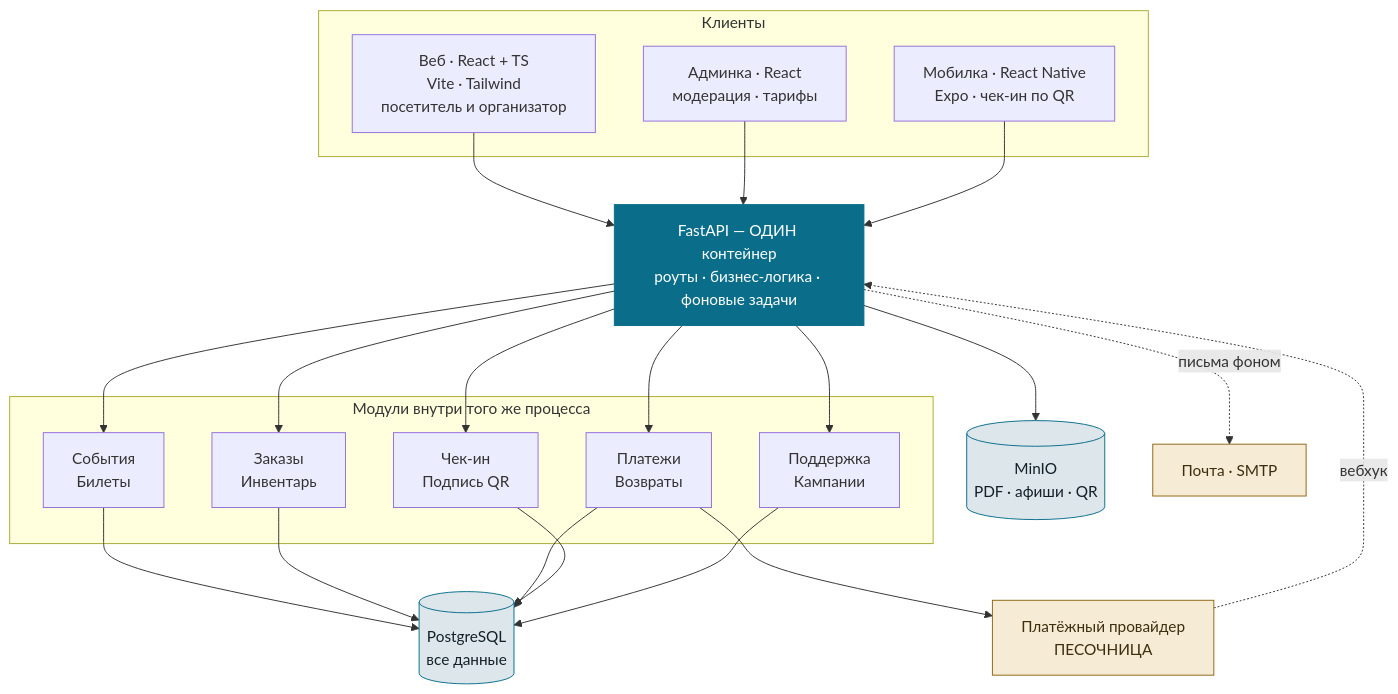
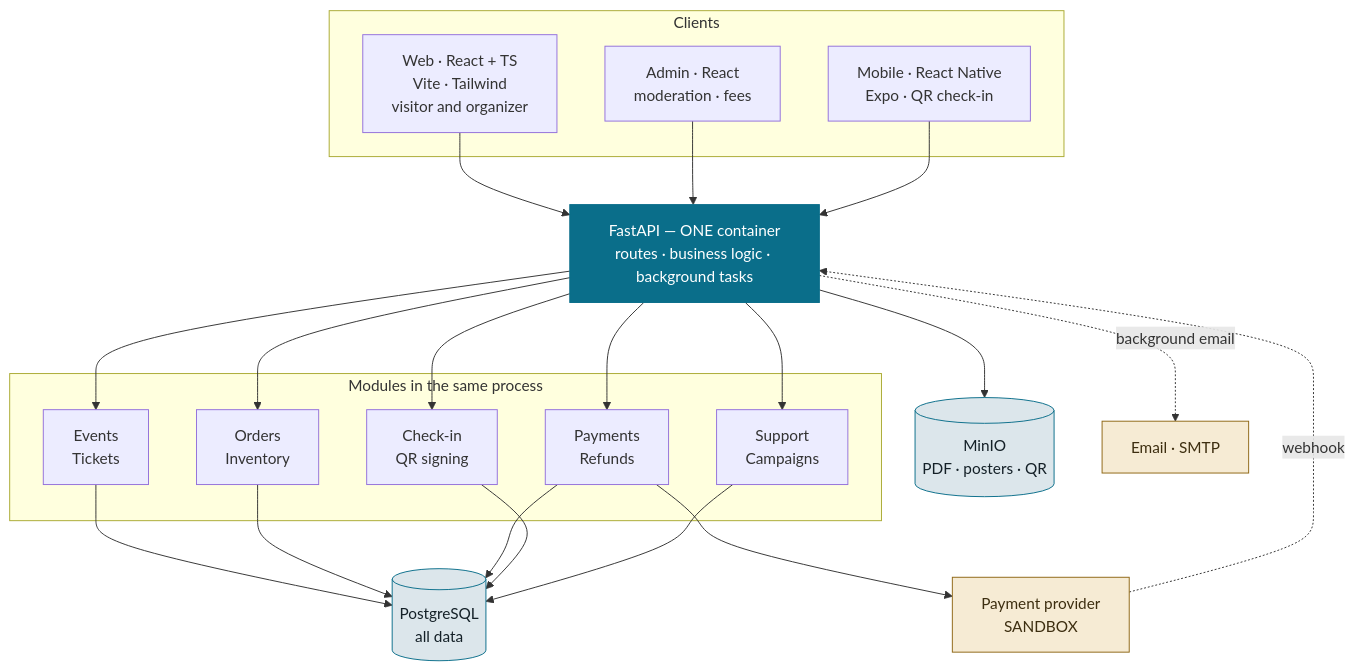
One commit to Figusama/BiletFlow changed the first of 7 diagrams in README.md. Above: the diagram before and after it, drawn with Mermaid. The commit also changed other lines of this file, not shown here.

````diff
--- a/README.md
+++ b/README.md
@@ -62,41 +61,41 @@
 ```mermaid
 flowchart TB
-  subgraph CL["Клиенты"]
-    W["Веб · React + TS<br/>Vite · Tailwind<br/>посетитель и организатор"]
-    A["Админка · React<br/>модерация · тарифы"]
-    M["Мобилка · React Native<br/>Expo · чек-ин по QR"]
+  subgraph CL["Clients"]
+    W["Web · React + TS<br/>Vite · Tailwind<br/>visitor and organizer"]
+    A["Admin · React<br/>moderation · fees"]
+    M["Mobile · React Native<br/>Expo · QR check-in"]
   end
 
-  GW["FastAPI — ОДИН контейнер<br/>роуты · бизнес-логика · фоновые задачи"]
+  GW["FastAPI — ONE container<br/>routes · business logic · background tasks"]
 
-  subgraph MOD["Модули внутри того же процесса"]
-    E["События<br/>Билеты"]
-    O["Заказы<br/>Инвентарь"]
-    P["Платежи<br/>Возвраты"]
-    C["Чек-ин<br/>Подпись QR"]
-    S["Поддержка<br/>Кампании"]
+  subgraph MOD["Modules in the same process"]
+    E["Events<br/>Tickets"]
+    O["Orders<br/>Inventory"]
+    P["Payments<br/>Refunds"]
+    C["Check-in<br/>QR signing"]
+    S["Support<br/>Campaigns"]
   end
 
-  DB[("PostgreSQL<br/>все данные")]
-  S3[("MinIO<br/>PDF · афиши · QR")]
+  DB[("PostgreSQL<br/>all data")]
+  S3[("MinIO<br/>PDF · posters · QR")]
 
-  PAY["Платёжный провайдер<br/>ПЕСОЧНИЦА"]
-  MAIL["Почта · SMTP"]
+  PAY["Payment provider<br/>SANDBOX"]
+  MAIL["Email · SMTP"]
 
   W --> GW
   A --> GW
   M --> GW
   GW --> E & O & P & C & S
   E & O & P & C & S --> DB
   GW --> S3
   P --> PAY
-  PAY -. вебхук .-> GW
-  GW -. письма фоном .-> MAIL
+  PAY -. webhook .-> GW
+  GW -. background email .-> MAIL
 
   classDef ext fill:#F6EBD4,stroke:#8F6715,color:#3D2E10;
   classDef store fill:#DCE6EB,stroke:#0A6E8A,color:#142027;
   classDef gate fill:#0A6E8A,stroke:#0A6E8A,color:#FFFFFF;
   class PAY,MAIL ext;
   class DB,S3 store;
   class GW gate;
 ```
````
